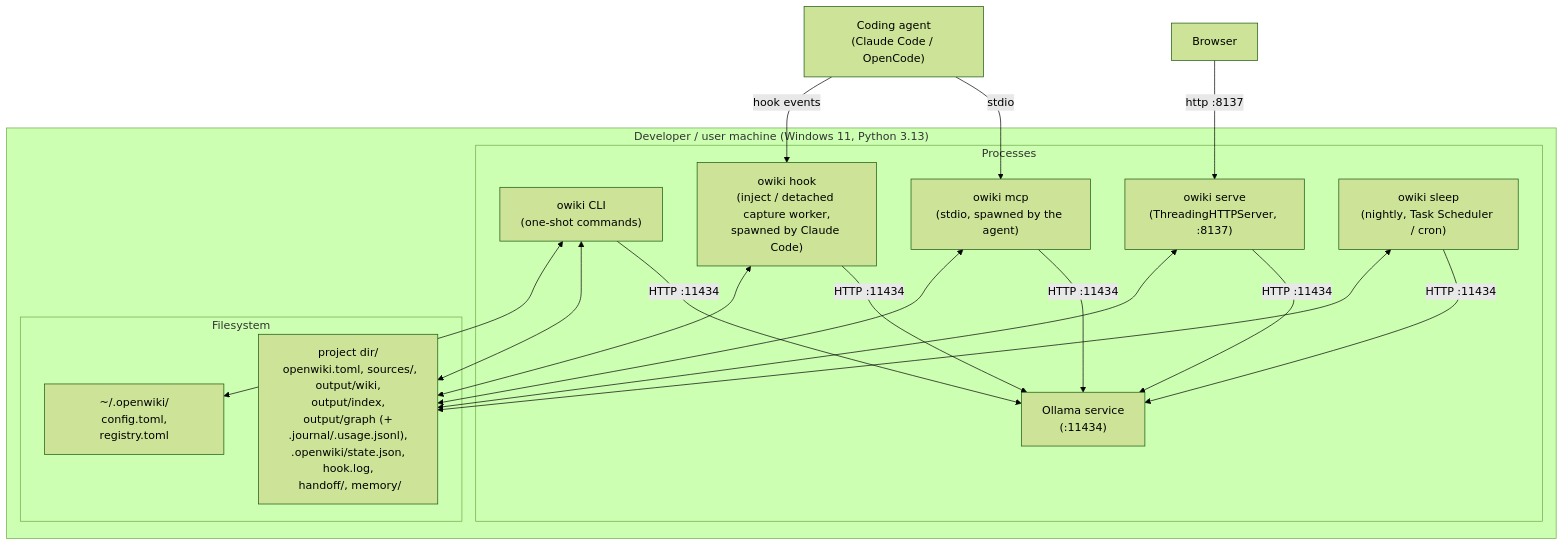
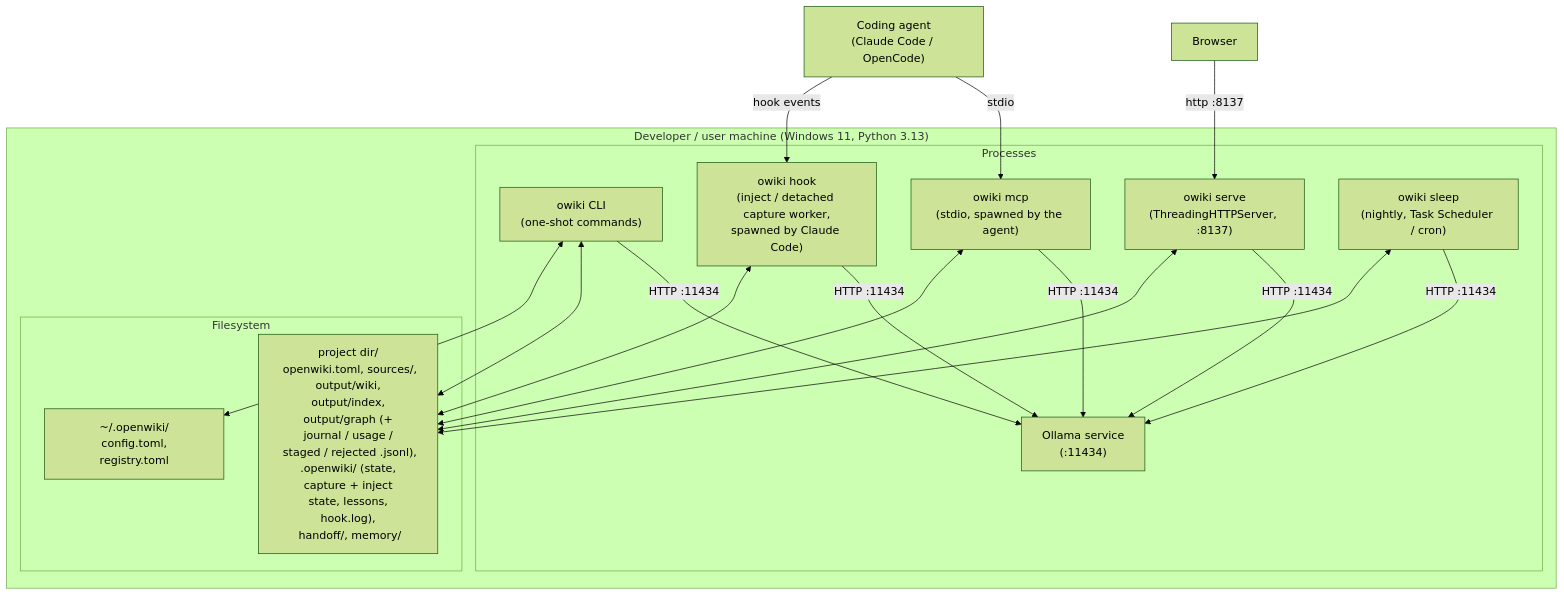
The diagram in docs/arc42/07-deployment-view.md (Neuroant/OpenWiki), drawn with Mermaid (forest theme) before and after one commit. The commit also changed other lines of this file and 9 other files, not shown here.

````diff
--- a/docs/arc42/07-deployment-view.md
+++ b/docs/arc42/07-deployment-view.md
@@ -10,23 +10,23 @@
 ```mermaid
 flowchart TB
   subgraph host["Developer / user machine (Windows 11, Python 3.13)"]
     subgraph procs["Processes"]
       cliP["owiki CLI\n(one-shot commands)"]
       serveP["owiki serve\n(ThreadingHTTPServer, :8137)"]
       mcpP["owiki mcp\n(stdio, spawned by the agent)"]
       hookP["owiki hook\n(inject / detached capture worker,\nspawned by Claude Code)"]
       sleepP["owiki sleep\n(nightly, Task Scheduler / cron)"]
       ollama["Ollama service\n(:11434)"]
     end
     subgraph disk["Filesystem"]
-      proj["project dir/\n openwiki.toml, sources/,\n output/wiki, output/index,\n output/graph (+ .journal/.usage.jsonl),\n .openwiki/state.json, hook.log,\n handoff/, memory/"]
+      proj["project dir/\n openwiki.toml, sources/,\n output/wiki, output/index,\n output/graph (+ journal / usage /\n staged / rejected .jsonl),\n .openwiki/ (state, capture + inject\n state, lessons, hook.log),\n handoff/, memory/"]
       home["~/.openwiki/\n config.toml, registry.toml"]
     end
   end
   browser["Browser"] -->|http :8137| serveP
   agentApp["Coding agent\n(Claude Code / OpenCode)"] -->|stdio| mcpP
   agentApp -->|hook events| hookP
   cliP & serveP & mcpP & hookP & sleepP -->|HTTP :11434| ollama
   cliP & serveP & mcpP & hookP & sleepP <--> proj
   cliP <--> home
 ```
````
